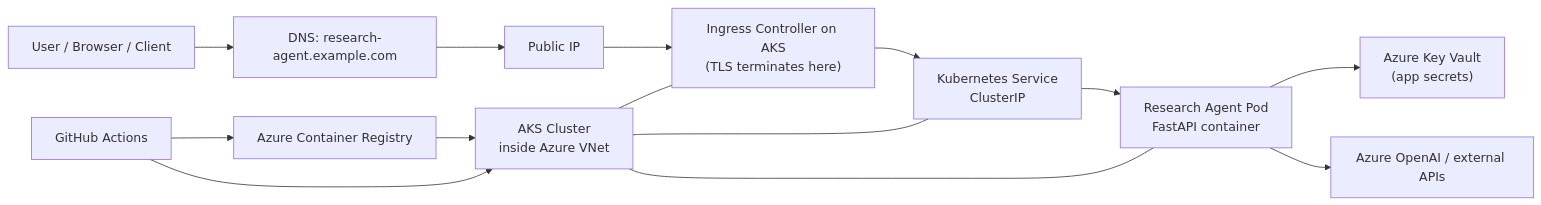
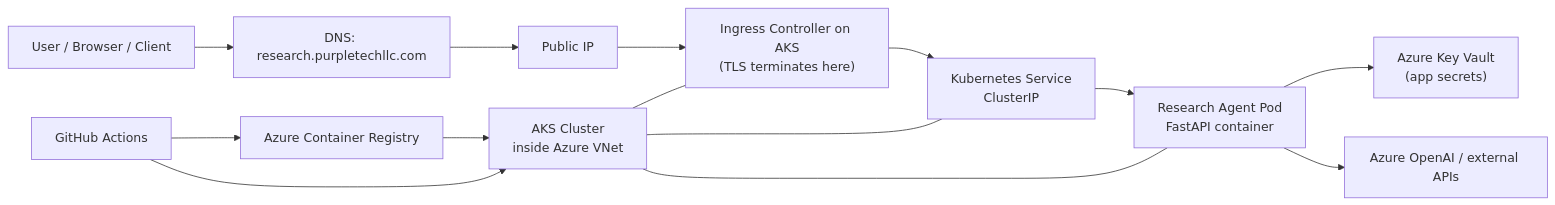
The diagram in projects/research_agent/deploy/azure/architecture.md (travellingcoderr/ai-engineer-playbook), drawn with Mermaid before and after one commit. The commit also changed other lines of this file and 3 other files, not shown here.

````diff
--- a/projects/research_agent/deploy/azure/architecture.md
+++ b/projects/research_agent/deploy/azure/architecture.md
@@ -45,17 +45,17 @@
 ```mermaid
 flowchart LR
-    U["User / Browser / Client"] --> DNS["DNS: research-agent.example.com"]
+    U["User / Browser / Client"] --> DNS["DNS: research.purpletechllc.com"]
     DNS --> IP["Public IP"]
     IP --> ING["Ingress Controller on AKS\n(TLS terminates here)"]
     ING --> SVC["Kubernetes Service\nClusterIP"]
     SVC --> POD["Research Agent Pod\nFastAPI container"]
 
     POD --> KV["Azure Key Vault\n(app secrets)"]
     POD --> AOAI["Azure OpenAI / external APIs"]
     AKS["AKS Cluster\ninside Azure VNet"] --- ING
     AKS --- SVC
     AKS --- POD
     ACR["Azure Container Registry"] --> AKS
     GH["GitHub Actions"] --> ACR
     GH --> AKS
 ```
````
